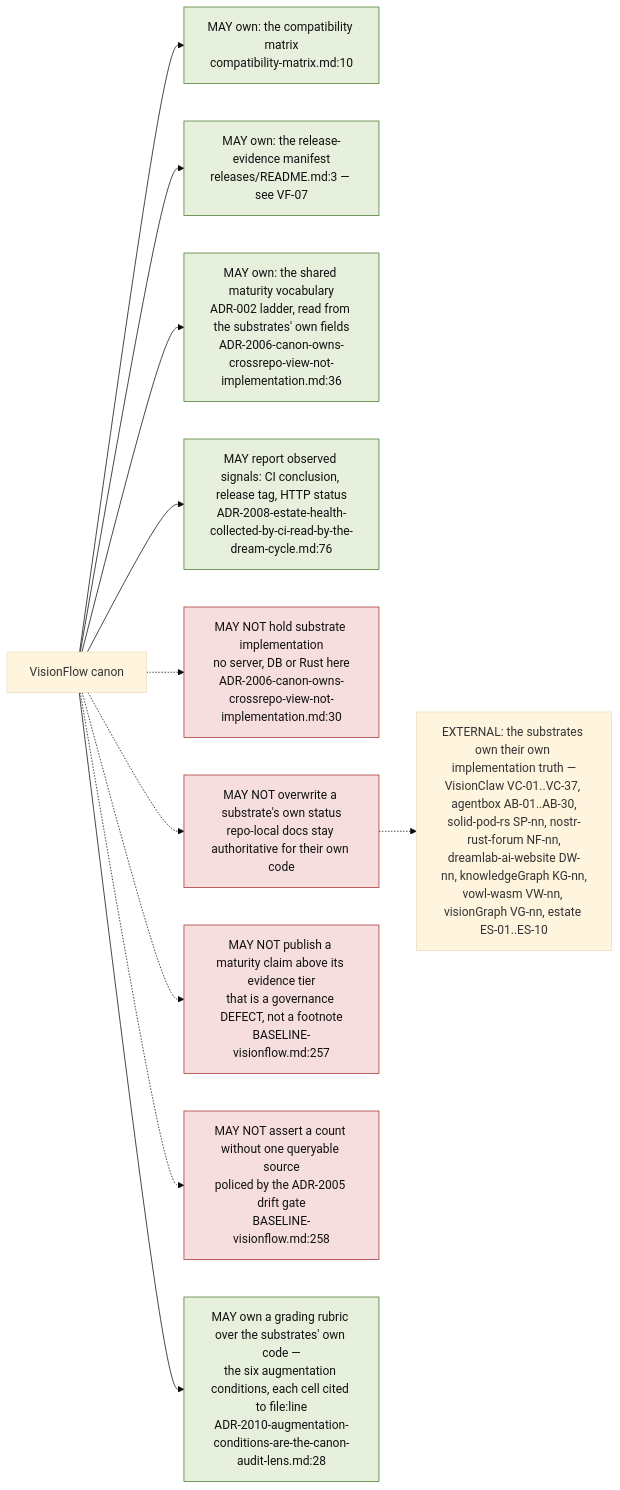
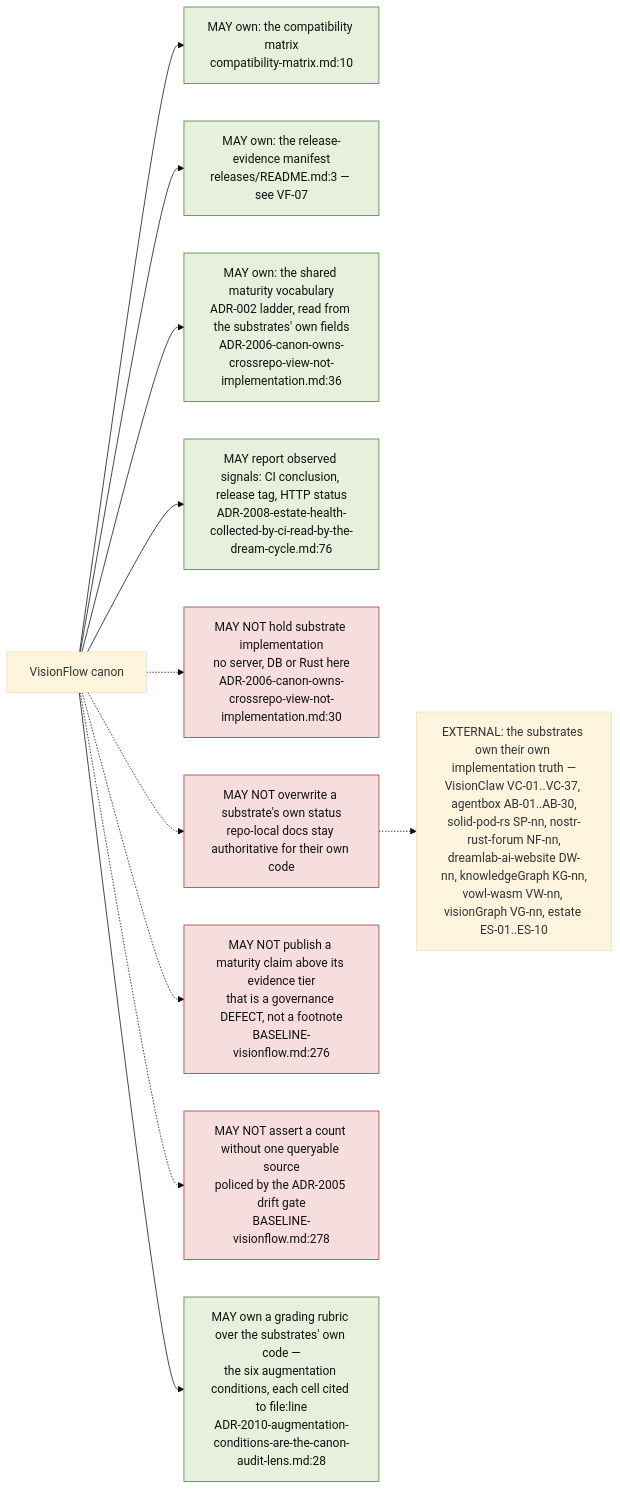
The seventh of 11 diagrams in docs/diagrams/visionflow/01-repo-composition-and-canon.md (DreamLab-AI/VisionFlow), drawn with Mermaid (base theme) before and after one commit. The commit also changed other lines of this file and 136 other files, not shown here.

First line of the commit message:
docs(diagrams): refresh the whole corpus to code HEAD and prune low-value diagrams

````diff
--- a/docs/diagrams/visionflow/01-repo-composition-and-canon.md
+++ b/docs/diagrams/visionflow/01-repo-composition-and-canon.md
@@ -363,20 +277,20 @@
 ```mermaid
 flowchart LR
     classDef may fill:#e6f0dc,stroke:#4a7a2a,color:#111
     classDef mayn fill:#f7dede,stroke:#a33333,color:#111
 
     VF["VisionFlow canon"]
     VF --> M1["MAY own: the compatibility matrix<br/>compatibility-matrix.md:10"]:::may
     VF --> M2["MAY own: the release-evidence manifest<br/>releases/README.md:3 — see VF-07"]:::may
     VF --> M3["MAY own: the shared maturity vocabulary<br/>ADR-002 ladder, read from the substrates' own fields<br/>ADR-2006-canon-owns-crossrepo-view-not-implementation.md:36"]:::may
     VF --> M4["MAY report observed signals: CI conclusion, release tag, HTTP status<br/>ADR-2008-estate-health-collected-by-ci-read-by-the-dream-cycle.md:76"]:::may
 
     VF -.-> N1["MAY NOT hold substrate implementation<br/>no server, DB or Rust here<br/>ADR-2006-canon-owns-crossrepo-view-not-implementation.md:30"]:::mayn
     VF -.-> N2["MAY NOT overwrite a substrate's own status<br/>repo-local docs stay authoritative for their own code"]:::mayn
-    VF -.-> N3["MAY NOT publish a maturity claim above its evidence tier<br/>that is a governance DEFECT, not a footnote<br/>BASELINE-visionflow.md:257"]:::mayn
-    VF -.-> N4["MAY NOT assert a count without one queryable source<br/>policed by the ADR-2005 drift gate<br/>BASELINE-visionflow.md:258"]:::mayn
+    VF -.-> N3["MAY NOT publish a maturity claim above its evidence tier<br/>that is a governance DEFECT, not a footnote<br/>BASELINE-visionflow.md:276"]:::mayn
+    VF -.-> N4["MAY NOT assert a count without one queryable source<br/>policed by the ADR-2005 drift gate<br/>BASELINE-visionflow.md:278"]:::mayn
     VF --> M5["MAY own a grading rubric over the substrates' own code —<br/>the six augmentation conditions, each cell cited to file:line<br/>ADR-2010-augmentation-conditions-are-the-canon-audit-lens.md:28"]:::may
 
     EXT["EXTERNAL: the substrates own their own implementation truth —<br/>VisionClaw VC-01..VC-37, agentbox AB-01..AB-30,<br/>solid-pod-rs SP-nn, nostr-rust-forum NF-nn,<br/>dreamlab-ai-website DW-nn, knowledgeGraph KG-nn,<br/>vowl-wasm VW-nn, visionGraph VG-nn, estate ES-01..ES-10"]
     N2 -.-> EXT
 ```
````
